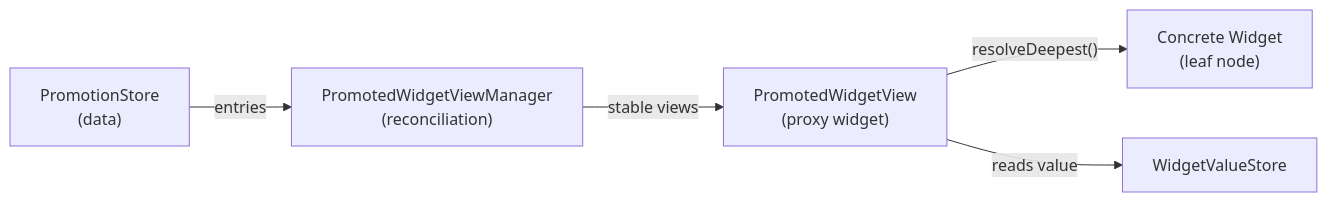
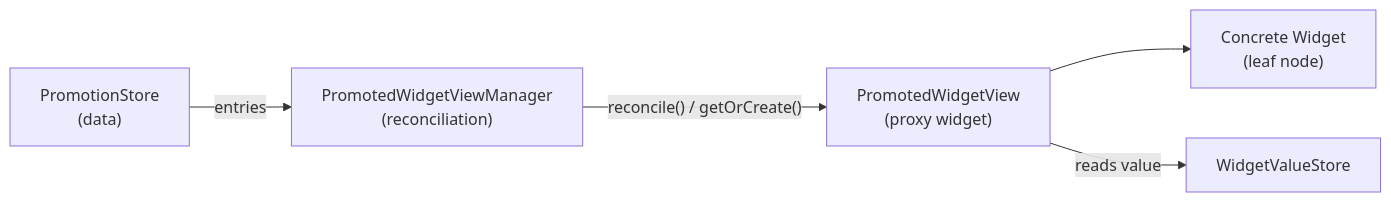
The second of 4 diagrams in docs/architecture/proto-ecs-stores.md (Comfy-Org/ComfyUI_frontend), drawn with Mermaid before and after one commit. The commit also changed 1 other file, not shown here.

Commit message:
docs: fix architecture doc errors in entity-problems and proto-ecs-stores
Fixes FE-167

Amp-Thread-ID: https://ampcode.com/threads/T-019dd58c-aed8-7436-b4f5-bdb31b79f7a8

````diff
--- a/docs/architecture/proto-ecs-stores.md
+++ b/docs/architecture/proto-ecs-stores.md
@@ -131,10 +131,10 @@
 ```mermaid
 graph LR
     PS["PromotionStore
 (data)"] -->|"entries"| VM["PromotedWidgetViewManager
-(reconciliation)"] -->|"stable views"| PV["PromotedWidgetView
+(reconciliation)"] -->|"reconcile() / getOrCreate()"| PV["PromotedWidgetView
 (proxy widget)"]
-    PV -->|"resolveDeepest()"| CW["Concrete Widget
+    PV --> CW["Concrete Widget
 (leaf node)"]
     PV -->|"reads value"| WVS["WidgetValueStore"]
 ```
````
